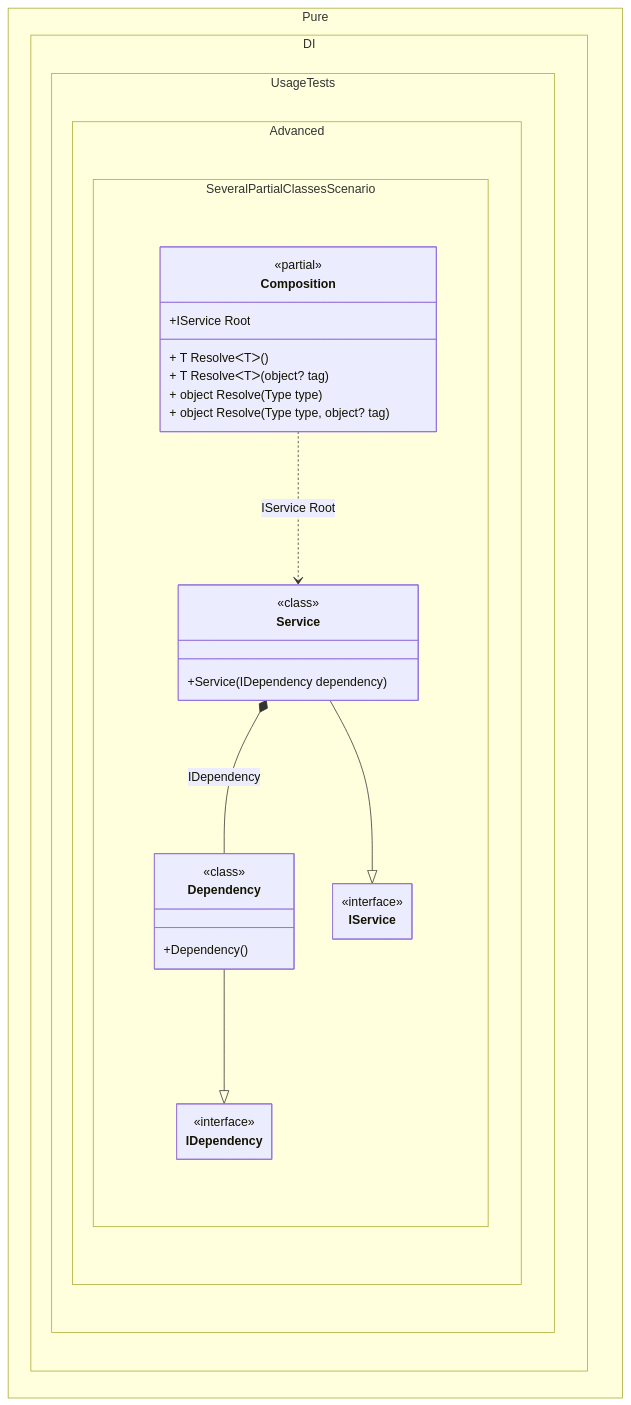
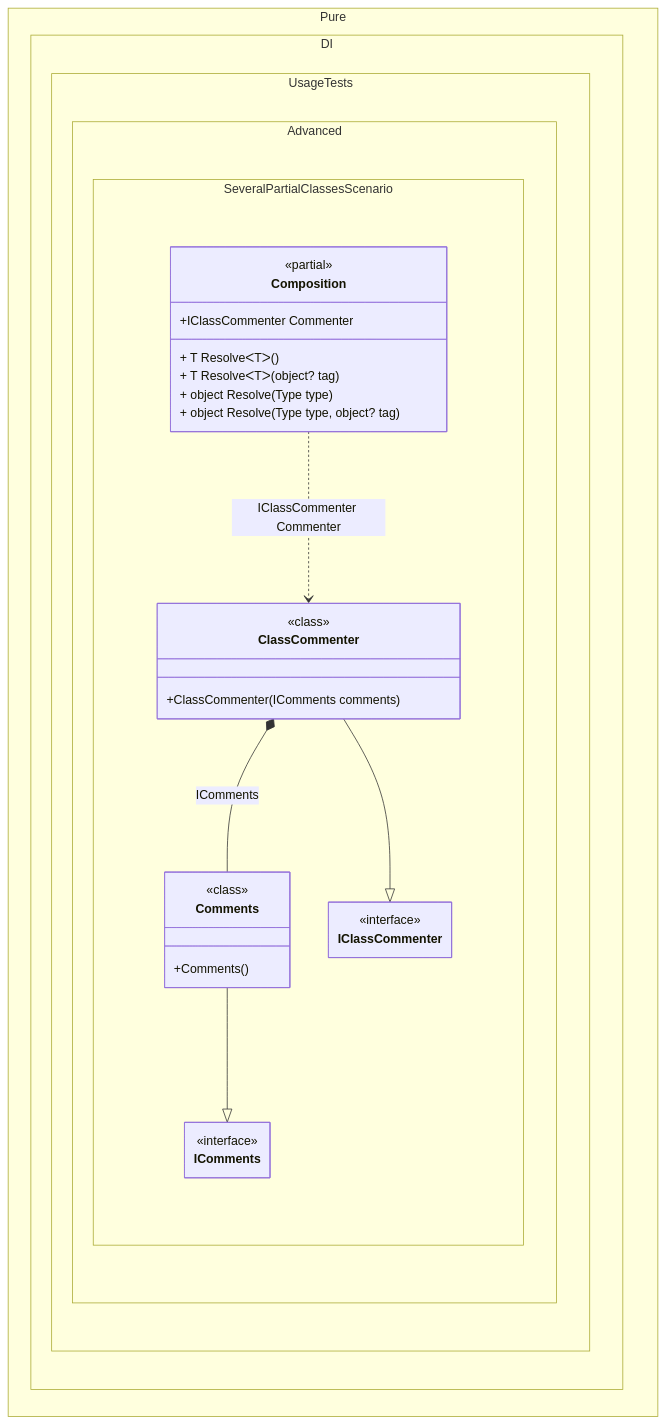
The diagram in readme/a-few-partial-classes.md (DevTeam/Pure.DI), drawn with Mermaid before and after one commit. The commit also changed other lines of this file and 126 other files, not shown here.

````diff
--- a/readme/a-few-partial-classes.md
+++ b/readme/a-few-partial-classes.md
@@ -212,38 +217,38 @@
 ```mermaid
 ---
  config:
   maxTextSize: 2147483647
   maxEdges: 2147483647
   class:
    hideEmptyMembersBox: true
 ---
 classDiagram
-	Dependency --|> IDependency
-	Service --|> IService
-	Composition ..> Service : IService Root
-	Service *--  Dependency : IDependency
+	Comments --|> IComments
+	ClassCommenter --|> IClassCommenter
+	Composition ..> ClassCommenter : IClassCommenter Commenter
+	ClassCommenter *--  Comments : IComments
 	namespace Pure.DI.UsageTests.Advanced.SeveralPartialClassesScenario {
+		class ClassCommenter {
+				<<class>>
+			+ClassCommenter(IComments comments)
+		}
+		class Comments {
+				<<class>>
+			+Comments()
+		}
 		class Composition {
 		<<partial>>
-		+IService Root
+		+IClassCommenter Commenter
 		+ T ResolveᐸTᐳ()
 		+ T ResolveᐸTᐳ(object? tag)
 		+ object Resolve(Type type)
 		+ object Resolve(Type type, object? tag)
 		}
-		class Dependency {
-				<<class>>
-			+Dependency()
-		}
-		class IDependency {
+		class IClassCommenter {
 			<<interface>>
 		}
-		class IService {
+		class IComments {
 			<<interface>>
-		}
-		class Service {
-				<<class>>
-			+Service(IDependency dependency)
 		}
 	}
 ```
````
